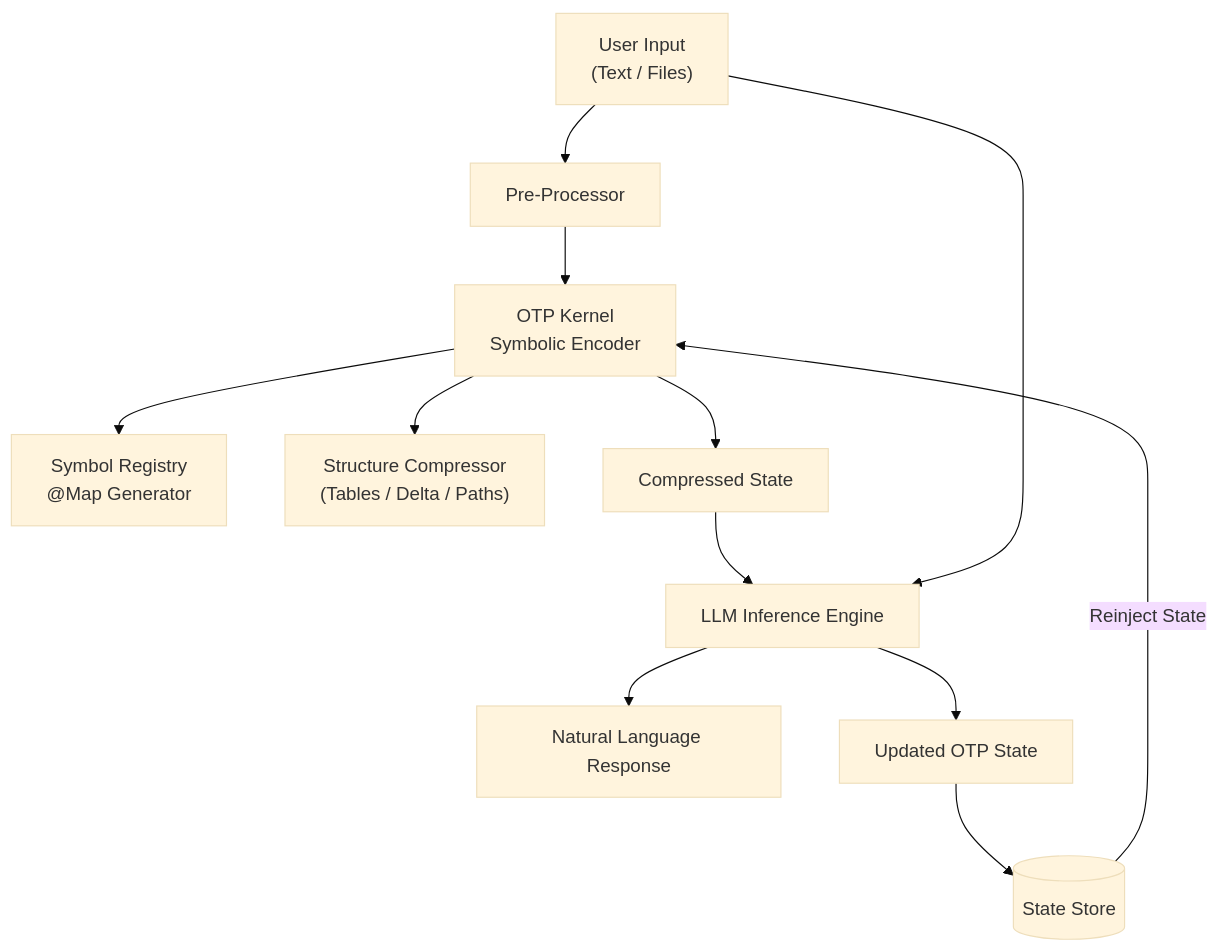
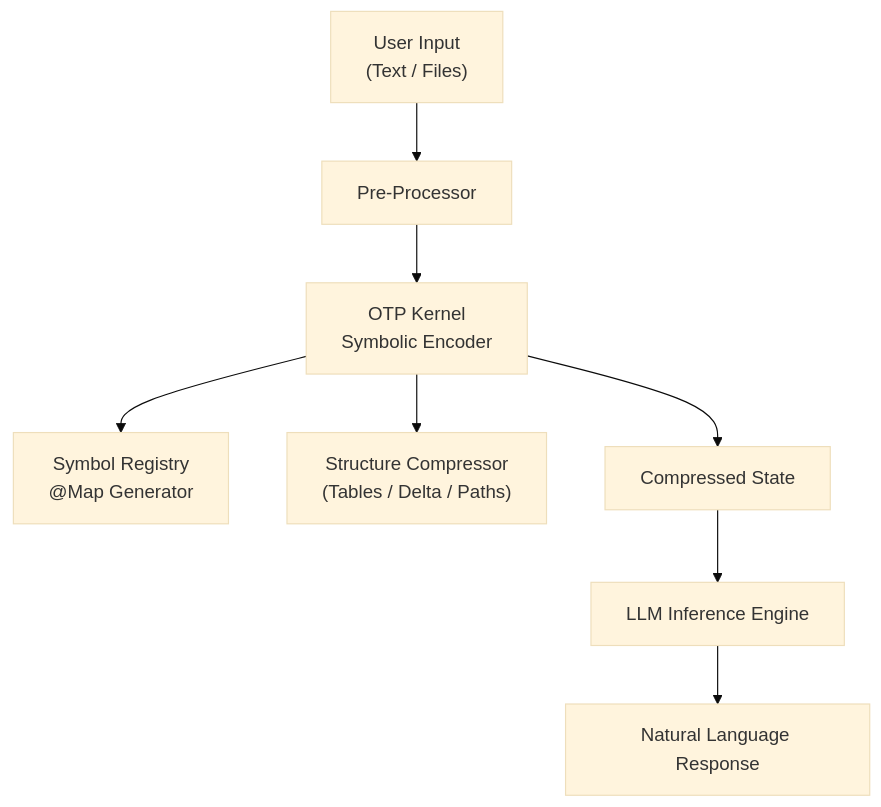
One commit to N3E6X/The-Origami-Thought-Protocol changed the diagram in readme.md. Above: the diagram before and after it, drawn with Mermaid (base theme).

````diff
--- a/readme.md
+++ b/readme.md
@@ -68,24 +68,18 @@
 ```mermaid
 flowchart TD
 
-    %% INPUT LAYER
+%% INPUT LAYER
     U["User Input<br>(Text / Files)"] --> P["Pre-Processor"]
 
     %% OTP ENCODER
     P --> K["OTP Kernel<br>Symbolic Encoder"]
     K --> M1["Symbol Registry<br>@Map Generator"]
     K --> M2["Structure Compressor<br>(Tables / Delta / Paths)"]
     K --> S["Compressed State"]
 
     %% LLM EXECUTION
     S --> LLM["LLM Inference Engine"]
-    U --> LLM
 
     %% OUTPUT BRANCHES
     LLM --> R["Natural Language Response"]
-    LLM --> CS["Updated OTP State"]
-
-    %% MEMORY & FEEDBACK LOOP
-    CS --> STORE[("State Store")]
-    STORE -->|Reinject State| K
 ```
````
